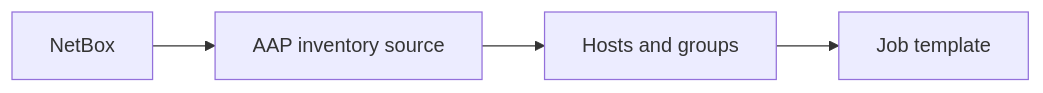
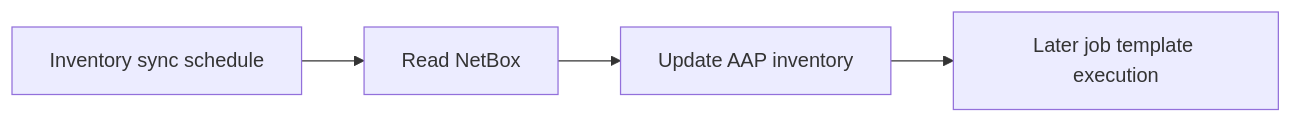
The ninth of 11 diagrams in module08/aap-inventories-surveys-troubleshooting.md (Ansible-workshop-ch/bootcamp), drawn with Mermaid before and after one commit. The commit also changed other lines of this file, not shown here.

````diff
--- a/module08/aap-inventories-surveys-troubleshooting.md
+++ b/module08/aap-inventories-surveys-troubleshooting.md
@@ -48,6 +1355,6 @@
-```mermaid
+```mermaid id="dhsuq2"
 flowchart LR
-    NB[NetBox] --> SRC[AAP inventory source]
-    SRC --> HG[Hosts and groups]
-    HG --> JT[Job template]
+    TIMER[Inventory sync schedule] --> NETBOX[Read NetBox]
+    NETBOX --> UPDATE[Update AAP inventory]
+    UPDATE --> JOB[Later job template execution]
 ```
````
